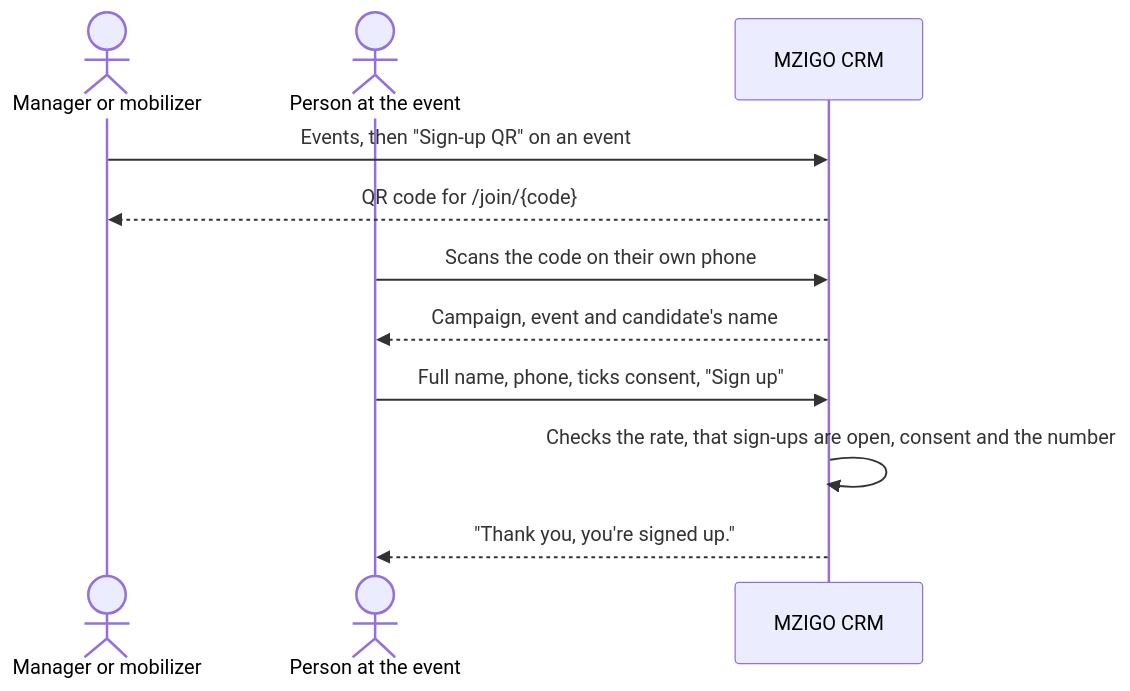
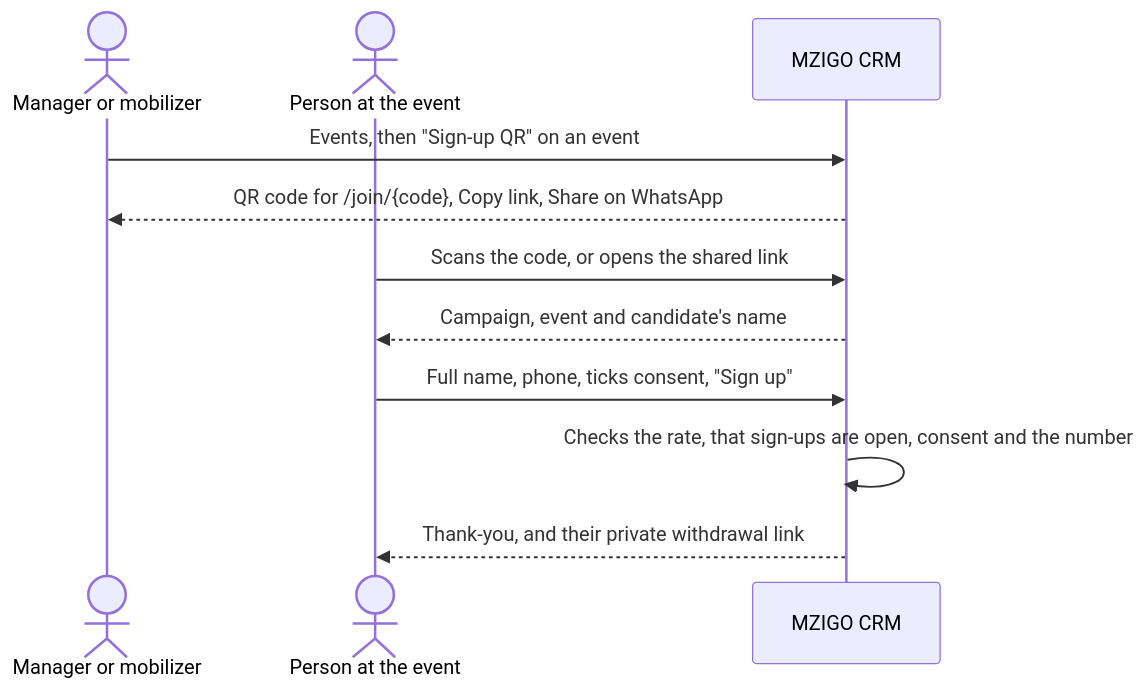
The first of 3 diagrams in docs/SYSTEM.md (JeremyWarui/super-duper-crm), drawn with Mermaid before and after one commit. The commit also changed other lines of this file and 23 other files, not shown here.

First line of the commit message:
Let supporters sign up from a shared link and withdraw themselves

````diff
--- a/docs/SYSTEM.md
+++ b/docs/SYSTEM.md
@@ -90,13 +93,13 @@
 ```mermaid
 sequenceDiagram
   actor Team as Manager or mobilizer
   actor Person as Person at the event
   participant App as MZIGO CRM
   Team->>App: Events, then "Sign-up QR" on an event
-  App-->>Team: QR code for /join/{code}
-  Person->>App: Scans the code on their own phone
+  App-->>Team: QR code for /join/{code}, Copy link, Share on WhatsApp
+  Person->>App: Scans the code, or opens the shared link
   App-->>Person: Campaign, event and candidate's name
   Person->>App: Full name, phone, ticks consent, "Sign up"
   App->>App: Checks the rate, that sign-ups are open, consent and the number
-  App-->>Person: "Thank you, you're signed up."
+  App-->>Person: Thank-you, and their private withdrawal link
 ```
````
